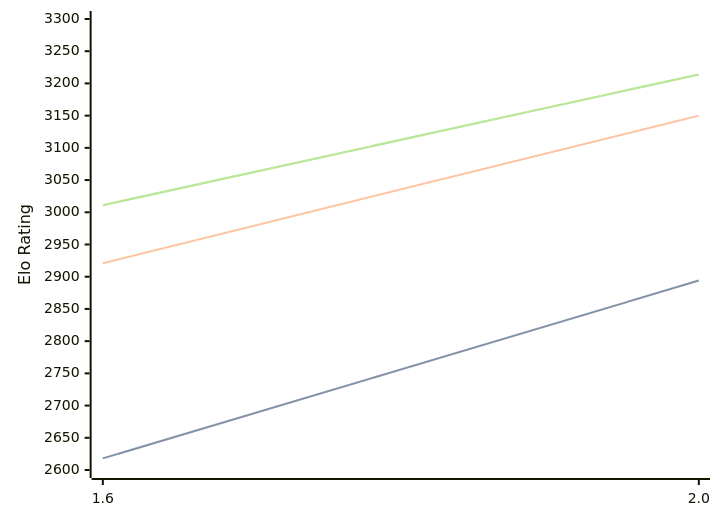
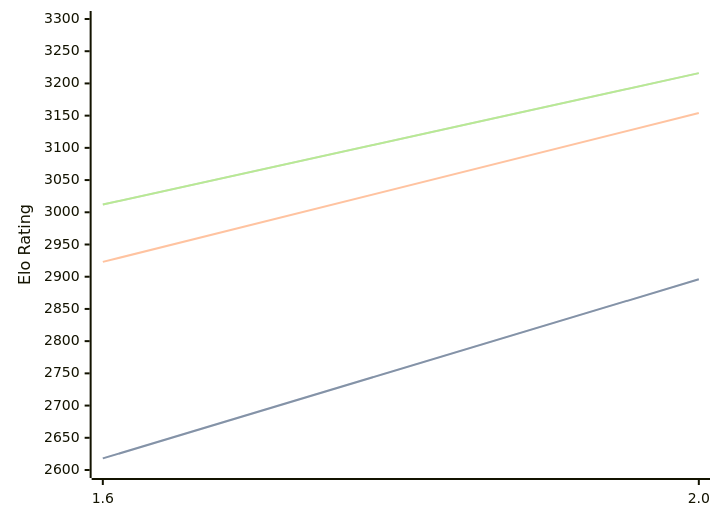
The diagram in engines/Onyx.md (computer-chess-index/cci), drawn with Mermaid before and after one commit. The commit also changed other lines of this file, not shown here.

Commit message:
Update CCI Ratings (ELO VLTC) - 2026-07-31

````diff
--- a/engines/Onyx.md
+++ b/engines/Onyx.md
@@ -32,11 +32,11 @@
 ```mermaid
 %%{init: {"theme":"base","themeVariables":{"seriesColors:['#a3a3a3','#222221','#faa371']}}}%%
 xychart-beta
   x-axis ["1.6", "2.0"]
   y-axis "Elo Rating" 2600 --> 3300
-  line "STC (8.0+0.08s)" [2618, 2894]
-  line "STC (8.0+0.08s)" [2618, 2894]
-  line "LTC (60.0+0.60s)" [2921, 3150]
-  line "VLTC (2m24s+1.12s)" [3011, 3214]
-  line "VLTC (2m24s+1.12s)" [3011, 3214]
+  line "STC (8.0+0.08s)" [2618, 2896]
+  line "STC (8.0+0.08s)" [2618, 2896]
+  line "LTC (60.0+0.60s)" [2923, 3154]
+  line "VLTC (2m24s+1.12s)" [3012, 3216]
+  line "VLTC (2m24s+1.12s)" [3012, 3216]
 ```
````
